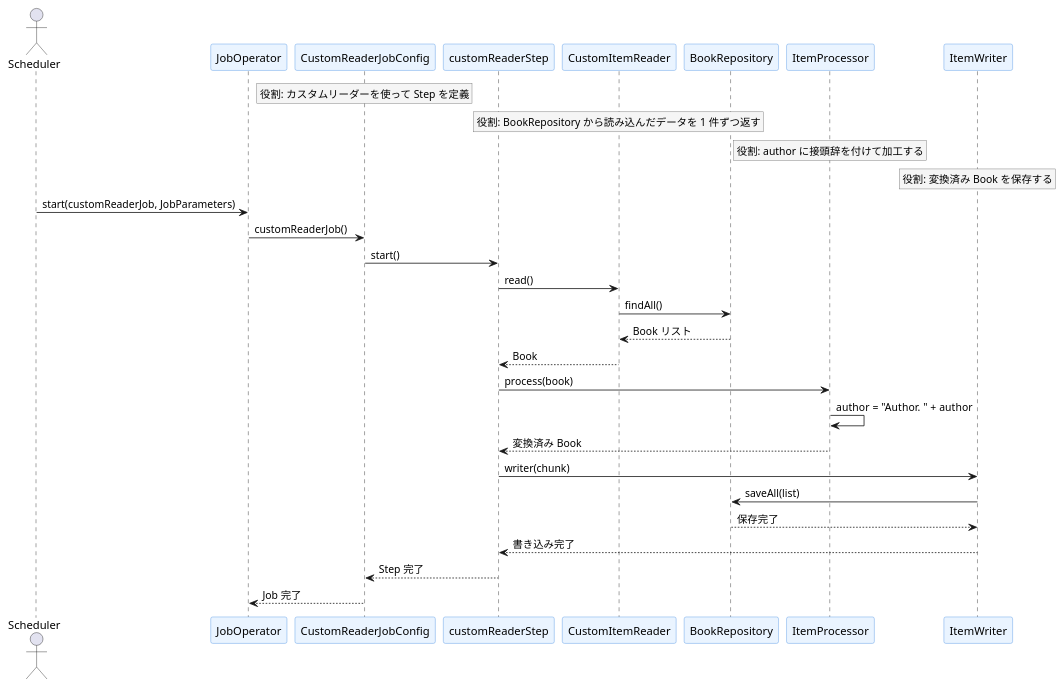
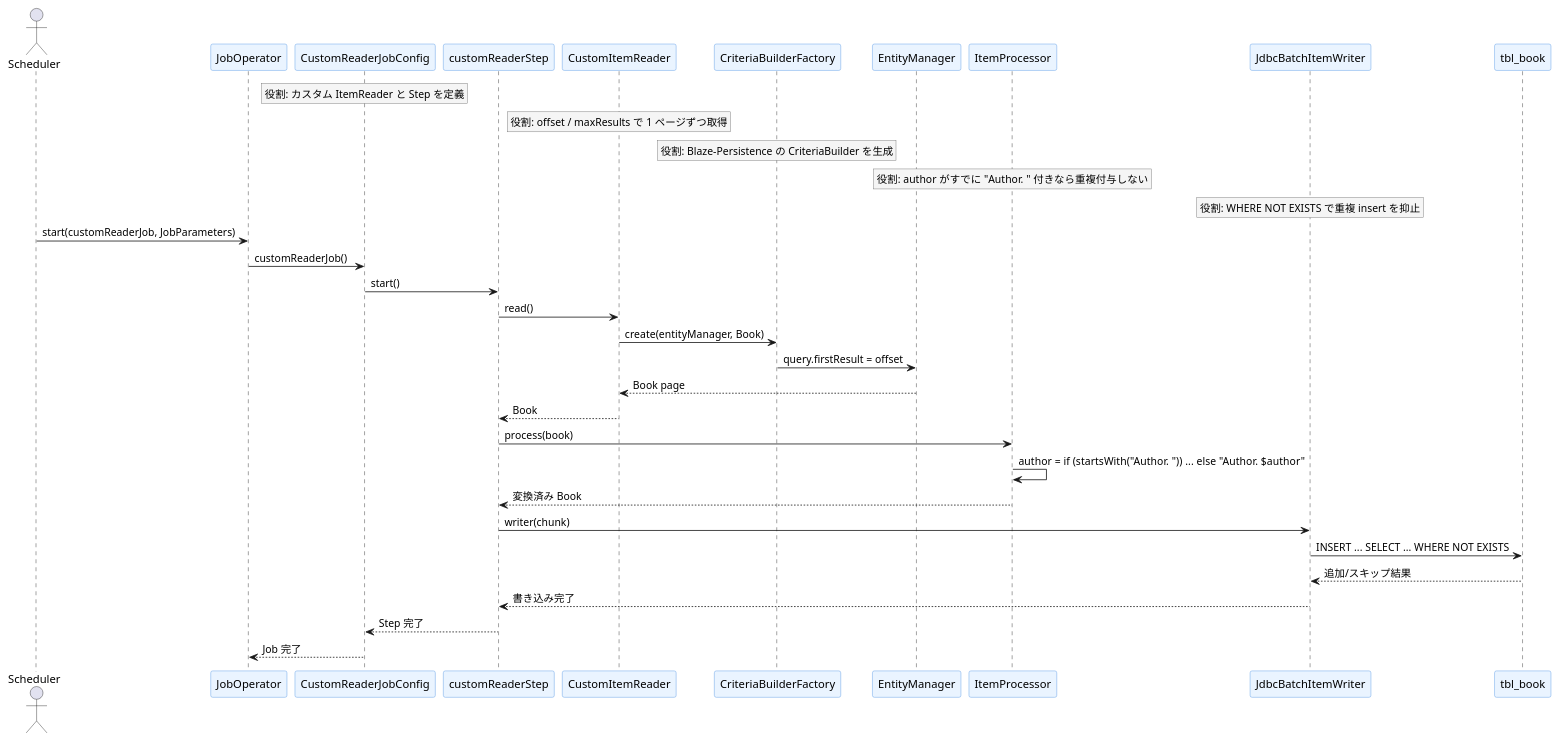
One commit to sutin-github/example-spring-batch changed the fourth of 4 diagrams in src/main/resources/batch-flow.md. Above: the diagram before and after it, drawn with PlantUML. The commit also changed other lines of this file and 1 other file, not shown here.

Commit message:
fix: enhance CUSTOM_READER_JOB to use Blaze-Persistence for paging and prevent duplicate author prefixes

````diff
--- a/src/main/resources/batch-flow.md
+++ b/src/main/resources/batch-flow.md
@@ -152,48 +152,54 @@
 ```plantuml
 @startuml
 skinparam shadowing false
 skinparam NoteBackgroundColor #F5F5F5
 skinparam NoteBorderColor #666666
 skinparam ParticipantBackgroundColor #EAF4FF
 skinparam ParticipantBorderColor #4A90E2
 
 actor Scheduler
 participant JobOperator
 participant "CustomReaderJobConfig" as CustomJob
 participant "customReaderStep" as CustomStep
 participant "CustomItemReader" as Reader
-participant "BookRepository" as Repo
+participant "CriteriaBuilderFactory" as Criteria
+participant "EntityManager" as EM
 participant "ItemProcessor" as Processor
-participant "ItemWriter" as Writer
+participant "JdbcBatchItemWriter" as Writer
+participant "tbl_book" as Table
 
 rnote over CustomJob
-  役割: カスタムリーダーを使って Step を定義
+  役割: カスタム ItemReader と Step を定義
 endrnote
 rnote over Reader
-  役割: BookRepository から読み込んだデータを 1 件ずつ返す
+  役割: offset / maxResults で 1 ページずつ取得
+endrnote
+rnote over Criteria
+  役割: Blaze-Persistence の CriteriaBuilder を生成
 endrnote
 rnote over Processor
-  役割: author に接頭辞を付けて加工する
+  役割: author がすでに "Author. " 付きなら重複付与しない
 endrnote
 rnote over Writer
-  役割: 変換済み Book を保存する
+  役割: WHERE NOT EXISTS で重複 insert を抑止
 endrnote
 
 Scheduler -> JobOperator: start(customReaderJob, JobParameters)
 JobOperator -> CustomJob: customReaderJob()
 CustomJob -> CustomStep: start()
 CustomStep -> Reader: read()
-Reader -> Repo: findAll()
-Repo --> Reader: Book リスト
+Reader -> Criteria: create(entityManager, Book)
+Criteria -> EM: query.firstResult = offset
+EM --> Reader: Book page
 Reader --> CustomStep: Book
 CustomStep -> Processor: process(book)
-Processor -> Processor: author = "Author. " + author
+Processor -> Processor: author = if (startsWith("Author. ")) ... else "Author. $author"
 Processor --> CustomStep: 変換済み Book
 CustomStep -> Writer: writer(chunk)
-Writer -> Repo: saveAll(list)
-Repo --> Writer: 保存完了
+Writer -> Table: INSERT ... SELECT ... WHERE NOT EXISTS
+Table --> Writer: 追加/スキップ結果
 Writer --> CustomStep: 書き込み完了
 CustomStep --> CustomJob: Step 完了
 CustomJob --> JobOperator: Job 完了
 @enduml
 ```
````
